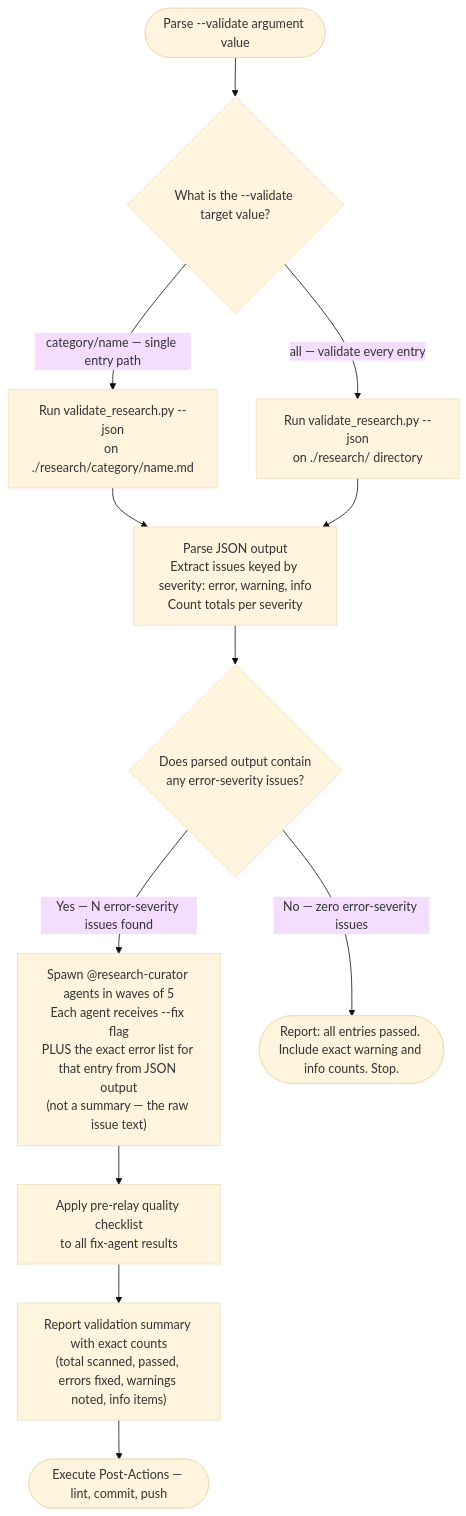
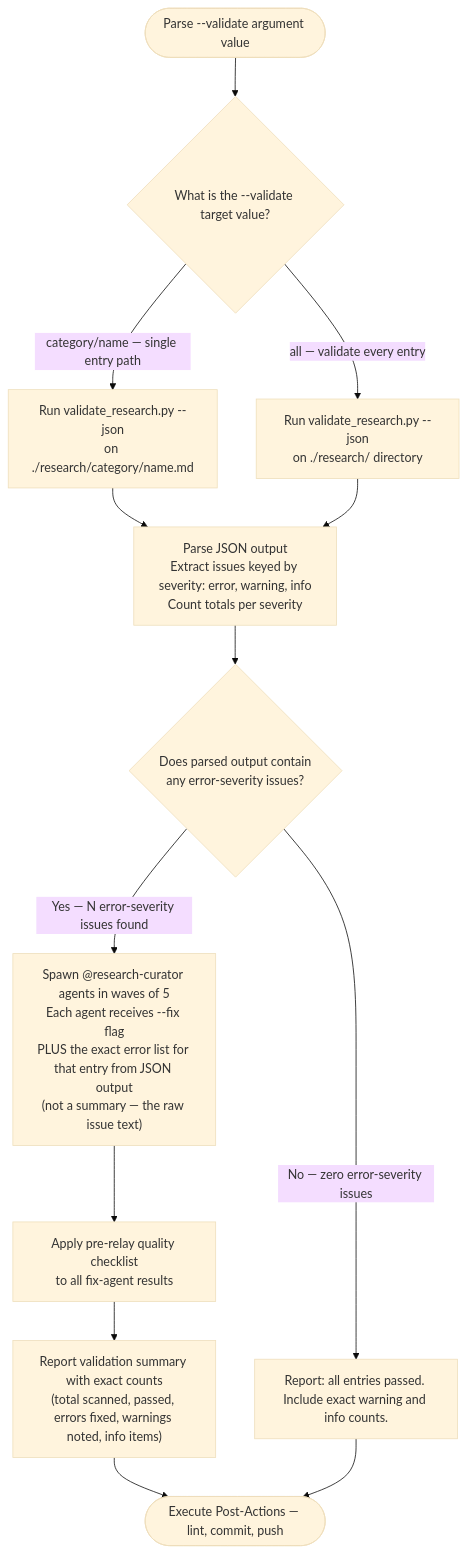
Before and after one commit to Jamie-BitFlight/claude_skills: the third of 3 diagrams in .claude/skills/research-curator/SKILL.md, drawn with Mermaid (base theme).

Commit message:
fix(research-curator): route clean Validate Mode runs through Post-Actions
Codex review finding on PR #3513: Validate Mode's authoritative diagram
sent its zero-error branch to a dead-end ReportClean/Stop, never reaching
PostActions -- so the most common Validate Mode outcome (nothing to fix)
never ran the new vault-wide backlink repair, contradicting this PR's own
claim that all four modes now get it.

Route ReportClean's edge into PostActions alongside the errors-found
branch, so a clean validation still triggers the backlink repair (and any
resulting commit/push) even when there was nothing else to fix.

````diff
--- a/.claude/skills/research-curator/SKILL.md
+++ b/.claude/skills/research-curator/SKILL.md
@@ -304,14 +304,15 @@
 ```mermaid
 flowchart TD
     Start(["Parse --validate argument value"]) --> Q{"What is the --validate target value?"}
     Q -->|"category/name — single entry path"| RunScript["Run validate_research.py --json<br>on ./research/category/name.md"]
     Q -->|"all — validate every entry"| RunScriptAll["Run validate_research.py --json<br>on ./research/ directory"]
     RunScript --> ParseJSON["Parse JSON output<br>Extract issues keyed by severity: error, warning, info<br>Count totals per severity"]
     RunScriptAll --> ParseJSON
     ParseJSON --> HasErrors{"Does parsed output contain<br>any error-severity issues?"}
     HasErrors -->|"Yes — N error-severity issues found"| SpawnFix["Spawn @research-curator agents in waves of 5<br>Each agent receives --fix flag<br>PLUS the exact error list for that entry from JSON output<br>(not a summary — the raw issue text)"]
-    HasErrors -->|"No — zero error-severity issues"| ReportClean(["Report: all entries passed. Include exact warning and info counts. Stop."])
+    HasErrors -->|"No — zero error-severity issues"| ReportClean["Report: all entries passed. Include exact warning and info counts."]
     SpawnFix --> RelayCheck["Apply pre-relay quality checklist<br>to all fix-agent results"]
     RelayCheck --> ReportSummary["Report validation summary with exact counts<br>(total scanned, passed, errors fixed, warnings noted, info items)"]
     ReportSummary --> PostActions(["Execute Post-Actions — lint, commit, push"])
+    ReportClean --> PostActions
 ```
````
